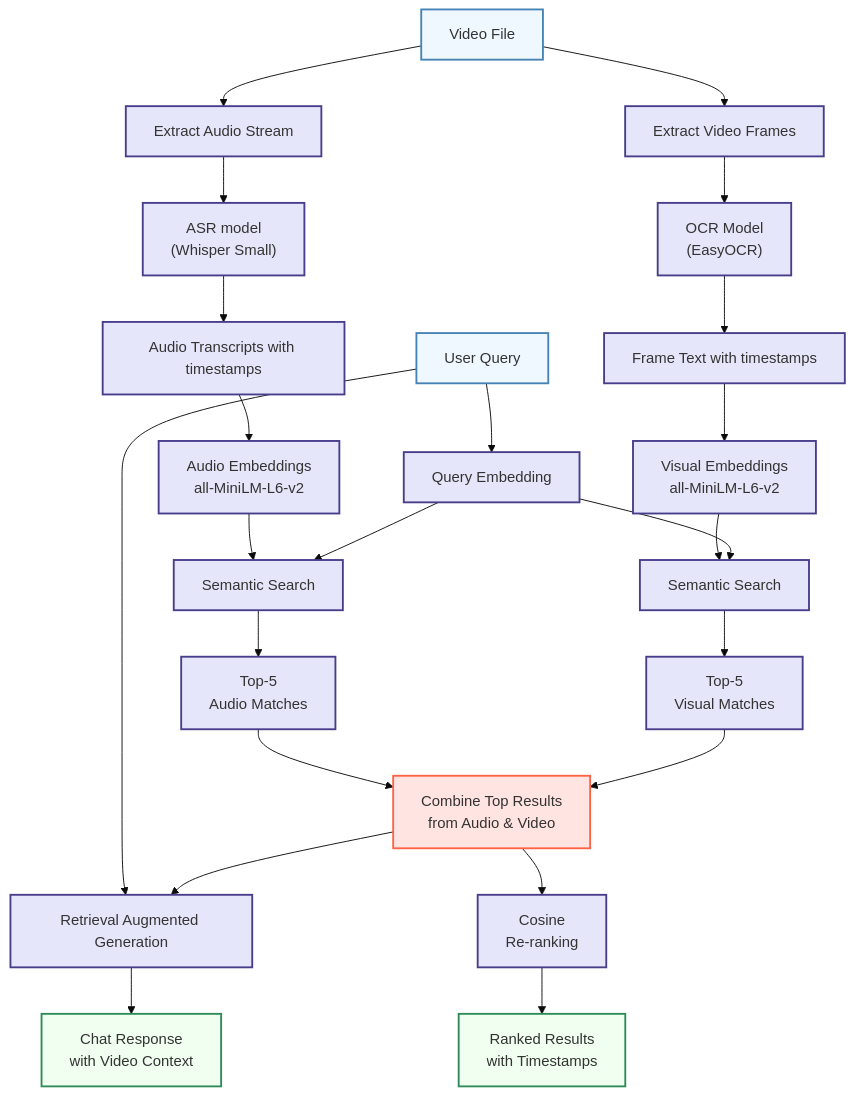
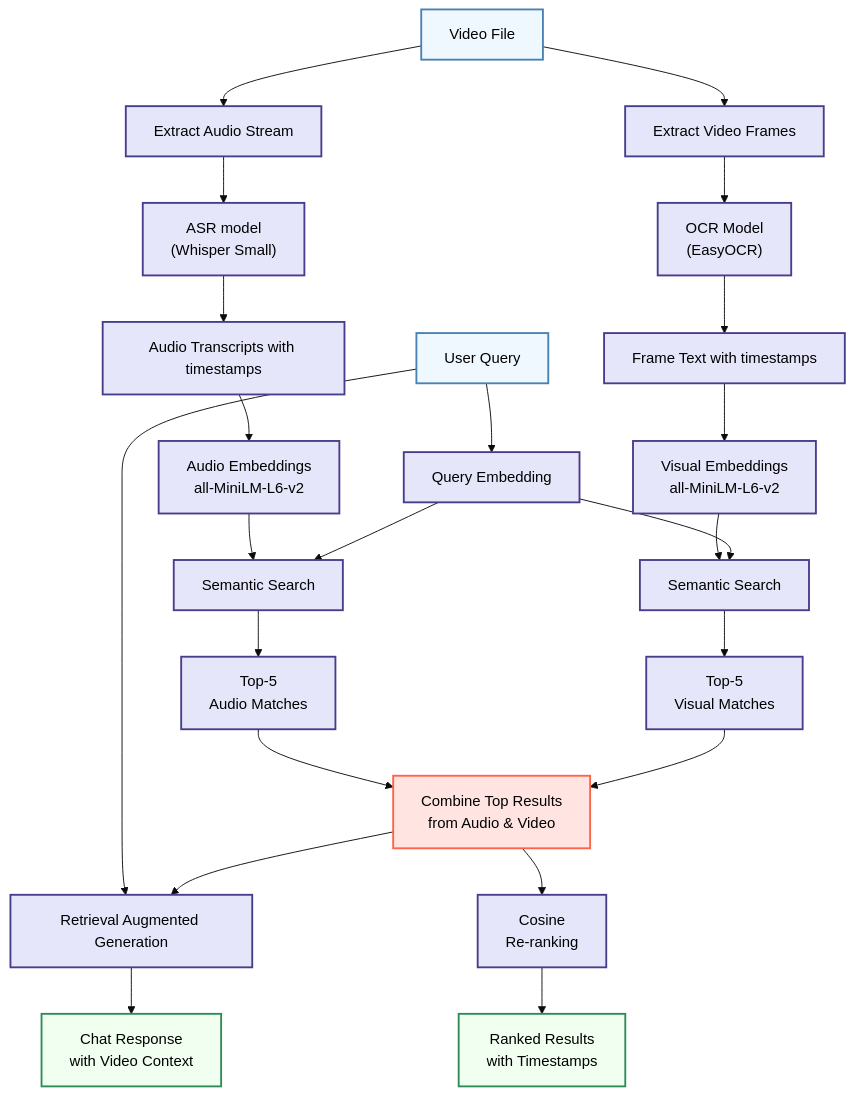
Before and after one commit to Yash-Narnaware/search-in-a-video: the diagram in README.md, drawn with Mermaid (base theme).

````diff
--- a/README.md
+++ b/README.md
@@ -22,58 +22,79 @@
 ```mermaid
 ---
 config:
   layout: dagre
 ---
 flowchart TD
     A["Video File"] --> B["Extract Audio Stream"] & C["Extract Video Frames"]
     B --> D["ASR model <br>(Whisper Small)"]
     D --> E["Audio Transcripts with timestamps"]
     E --> F["Audio Embeddings<br>all-MiniLM-L6-v2"]
     F --> N["Semantic Search"]
     C --> H["OCR Model<br>(EasyOCR)"]
     H --> I["Frame Text with timestamps"]
     I --> J["Visual Embeddings<br>all-MiniLM-L6-v2"]
     J --> X["Semantic Search"]
     L["User Query"] --> M["Query Embedding"] & S["Retrieval Augmented Generation"]
     M --> N & X & n1["<br>"]
     N --> O["Top-5<br>Audio Matches"]
     X --> P["Top-5<br>Visual Matches"]
     O --> T["Combine Top Results<br>from Audio &amp; Video"]
     T L_T_S_0@--> S & U["Cosine<br>Re-ranking"]
     P --> T
     U --> V["Ranked Results<br>with Timestamps"]
     S --> W["Chat Response<br>with Video Context"]
     n1@{ shape: text}
     T@{ shape: rect}
      A:::input
      B:::process
      C:::process
      D:::process
      E:::process
      F:::process
      N:::process
      H:::process
      I:::process
      J:::process
      X:::process
      L:::input
      M:::process
      S:::process
      O:::process
      P:::process
      T:::fusion
      U:::process
      V:::output
      W:::output
     classDef input fill:#f0f8ff,stroke:#4682b4,stroke-width:2px
     classDef storage fill:#fffacd,stroke:#daa520,stroke-width:2px
     classDef output fill:#f0fff0,stroke:#2e8b57,stroke-width:2px
     classDef feedback fill:#f5f5f5,stroke:#808080,stroke-width:2px,dashed
     classDef fusion fill:#ffe4e1, stroke:#ff6347, stroke-width:2px
     classDef process fill:#e6e6fa, stroke:#483d8b, stroke-width:2px
+    style A color:#000000
+    style B color:#000000
+    style C color:#000000
+    style D color:#000000
+    style E color:#000000
+    style F color:#000000
+    style N color:#000000
+    style H color:#000000
+    style I color:#000000
+    style J color:#000000
+    style X color:#000000
+    style L color:#000000
+    style M color:#000000
+    style S color:#000000
+    style O color:#000000
+    style P color:#000000
+    style T color:#000000
+    style U color:#000000
+    style V color:#000000
+    style W color:#000000
     linkStyle 14 stroke:none,fill:none
     L_T_S_0@{ animation: none }
+
 
     %% Legend
     click A "https://github.com/Yash-Narnaware/search-in-a-video" "View on GitHub"
 ```
````
